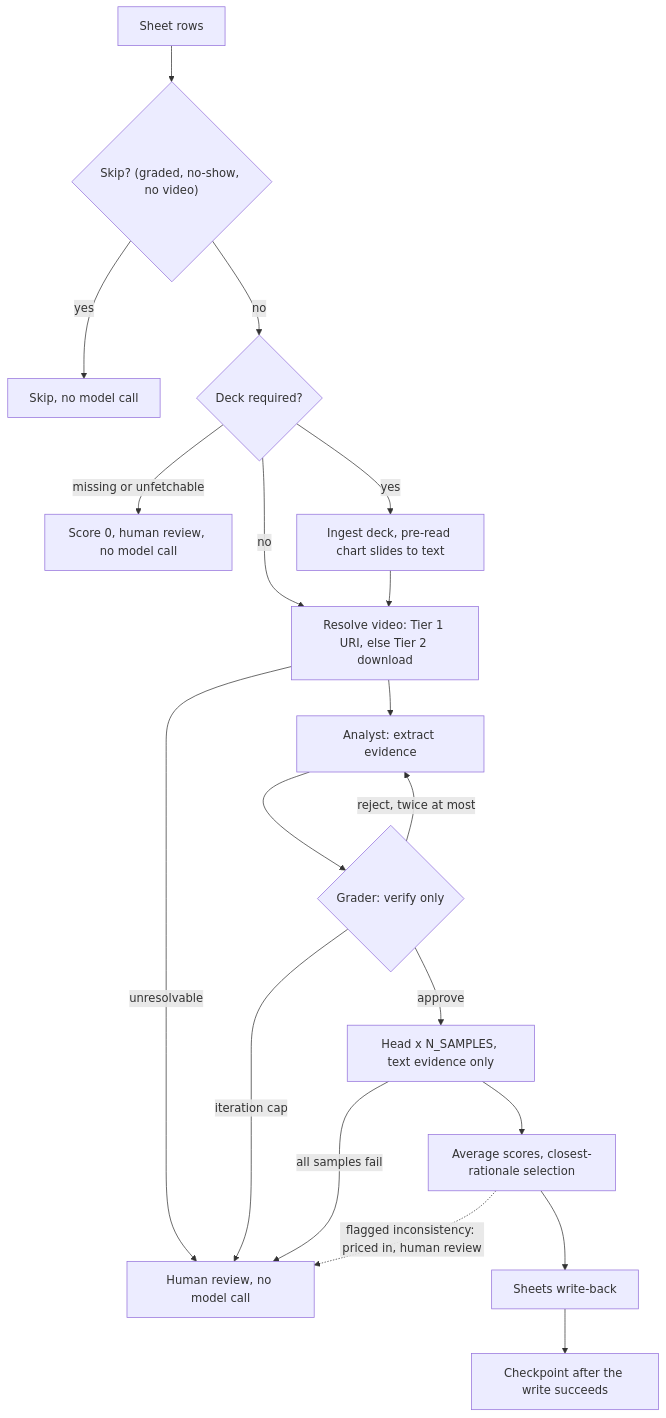
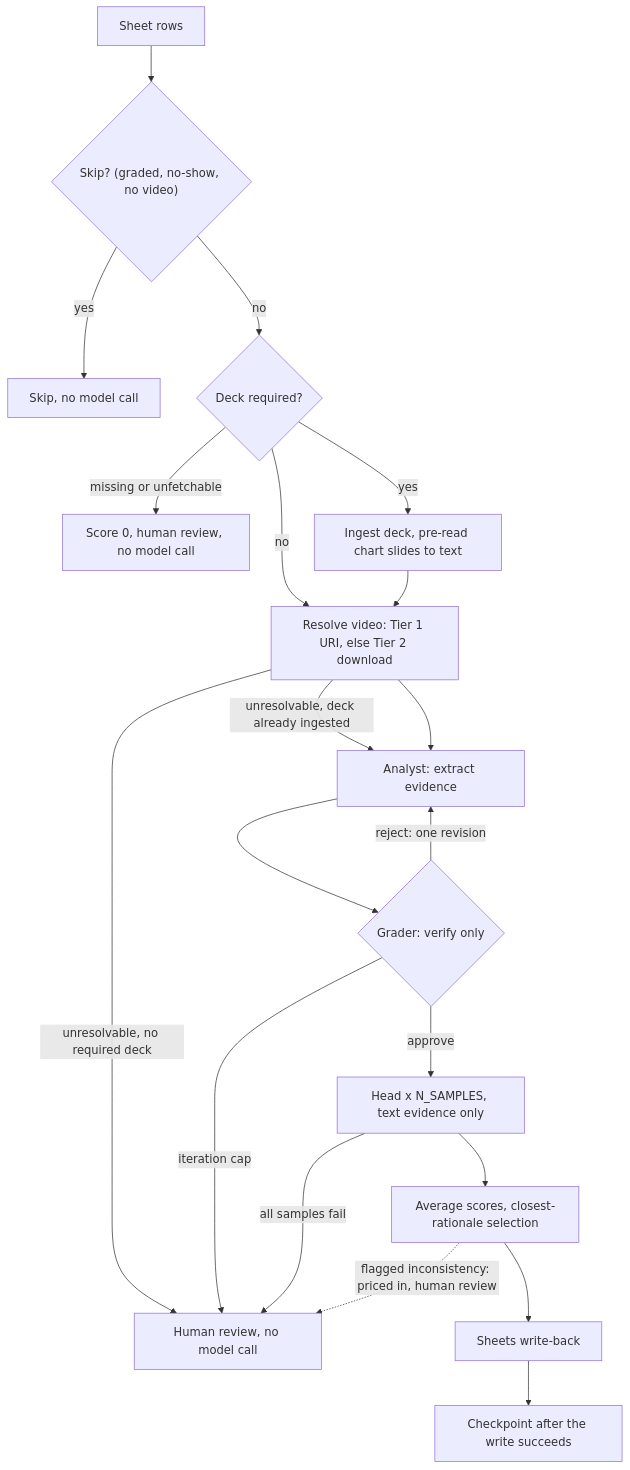
Before and after one commit to NBeibarys/Project-AI-Judge: the diagram in README.md, drawn with Mermaid. The commit also changed other lines of this file and 4 other files, not shown here.

````diff
--- a/README.md
+++ b/README.md
@@ -44,21 +45,22 @@
 ```mermaid
 flowchart TD
     sheet["Sheet rows"] --> gate{"Skip? (graded, no-show, no video)"}
     gate -->|yes| skip["Skip, no model call"]
     gate -->|no| deck{"Deck required?"}
     deck -->|"missing or unfetchable"| zero["Score 0, human review, no model call"]
     deck -->|yes| ingest["Ingest deck, pre-read chart slides to text"]
     deck -->|no| video["Resolve video: Tier 1 URI, else Tier 2 download"]
     ingest --> video
-    video -->|unresolvable| human["Human review, no model call"]
+    video -->|"unresolvable, no required deck"| human["Human review, no model call"]
+    video -->|"unresolvable, deck already ingested"| analyst["Analyst: extract evidence"]
     video --> analyst["Analyst: extract evidence"]
     analyst --> grader{"Grader: verify only"}
-    grader -->|"reject, twice at most"| analyst
+    grader -->|"reject: one revision"| analyst
     grader -->|approve| head["Head x N_SAMPLES, text evidence only"]
     grader -->|"iteration cap"| human
     head -->|"all samples fail"| human
     head --> avg["Average scores, closest-rationale selection"]
     avg -.->|"flagged inconsistency: priced in, human review"| human
     avg --> write["Sheets write-back"]
     write --> cp["Checkpoint after the write succeeds"]
 ```
````
